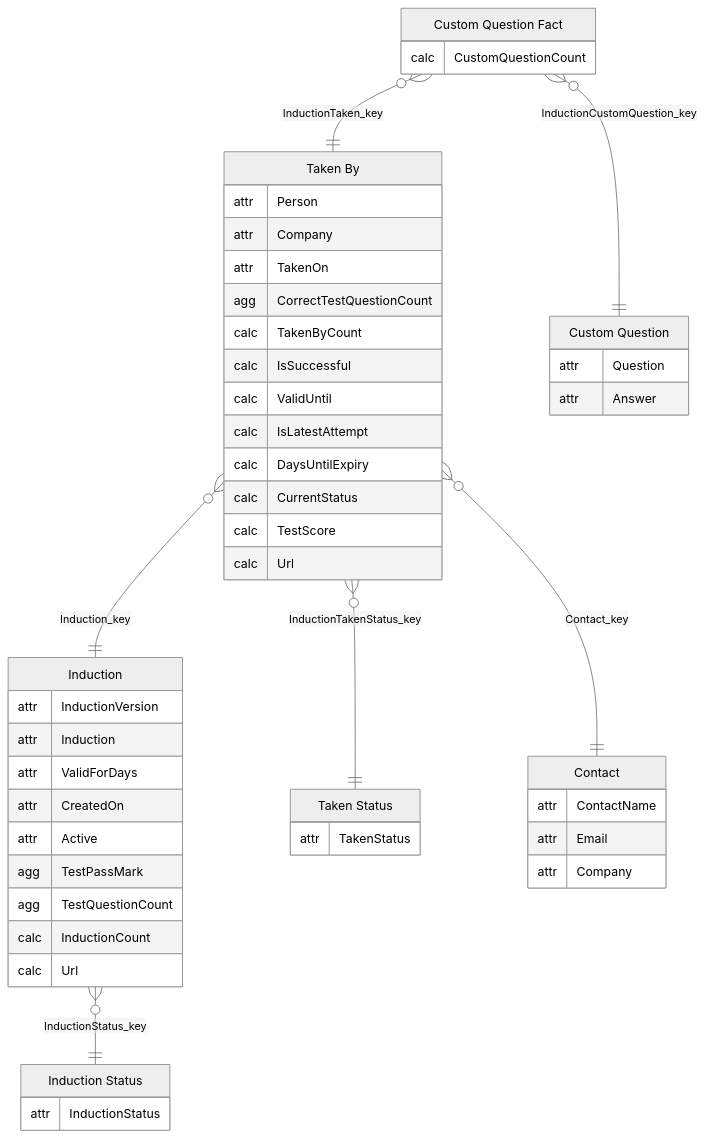
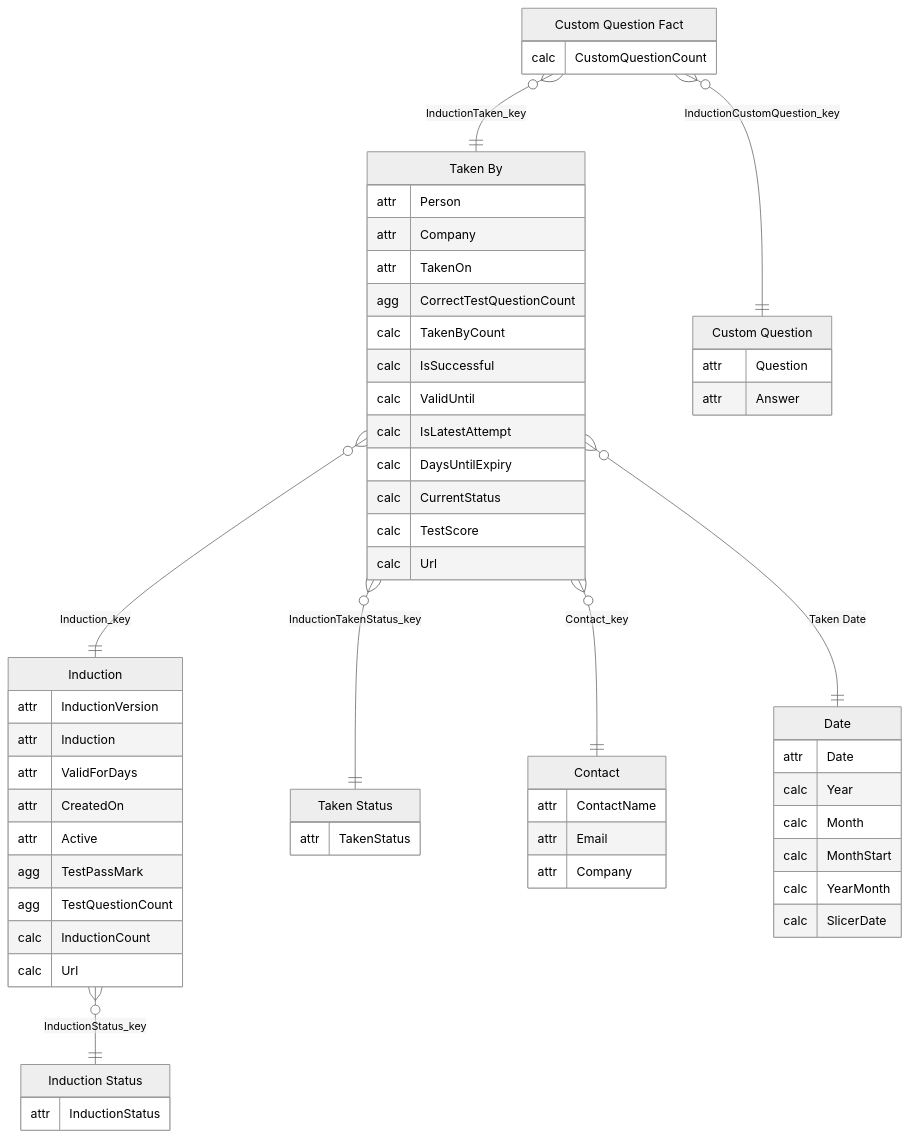
Before and after one commit to work-wallet/BIClient: the first of 2 diagrams in PowerBISamplesModels/Inductions.md, drawn with Mermaid. The commit also changed other lines of this file and 17 other files, not shown here.

````diff
--- a/PowerBISamplesModels/Inductions.md
+++ b/PowerBISamplesModels/Inductions.md
@@ -7,56 +7,65 @@
 ```mermaid
 ---
 config:
   theme: neutral
 ---
 erDiagram
     "Induction" {
         attr InductionVersion
         attr Induction
         attr ValidForDays
         attr CreatedOn
         attr Active
         agg TestPassMark
         agg TestQuestionCount
         calc InductionCount
         calc Url
     }
     "Taken By" {
         attr Person
         attr Company
         attr TakenOn
         agg CorrectTestQuestionCount
         calc TakenByCount
         calc IsSuccessful
         calc ValidUntil
         calc IsLatestAttempt
         calc DaysUntilExpiry
         calc CurrentStatus
         calc TestScore
         calc Url
     }
     "Taken Status" {
         attr TakenStatus
     }
     "Induction Status" {
         attr InductionStatus
     }
     "Custom Question Fact" {
         calc CustomQuestionCount
     }
     "Custom Question" {
         attr Question
         attr Answer
     }
     "Contact" {
         attr ContactName
         attr Email
         attr Company
     }
+    "Date" {
+        attr Date
+        calc Year
+        calc Month
+        calc MonthStart
+        calc YearMonth
+        calc SlicerDate
+    }
     "Induction" }o--|| "Induction Status" : "InductionStatus_key"
     "Custom Question Fact" }o--|| "Custom Question" : "InductionCustomQuestion_key"
     "Custom Question Fact" }o--|| "Taken By" : "InductionTaken_key"
     "Taken By" }o--|| "Induction" : "Induction_key"
     "Taken By" }o--|| "Taken Status" : "InductionTakenStatus_key"
     "Taken By" }o--|| "Contact" : "Contact_key"
+    "Taken By" }o--|| "Date" : "Taken Date"
 ```
````
